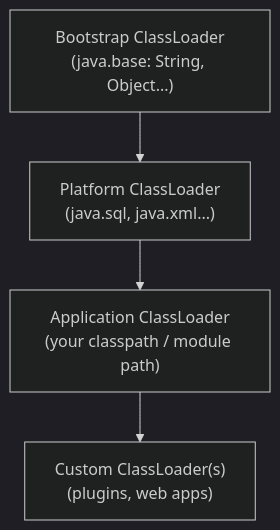
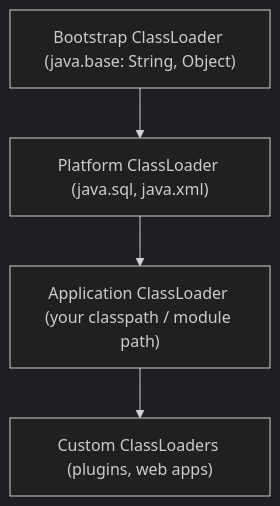
Before and after one commit to mohammad-mriesh-job/cortex: the second of 2 diagrams in src/modules/java/content/10-jvm/02-class-loading.md, drawn with Mermaid (dark theme). The commit also changed other lines of this file and 257 other files, not shown here.

````diff
--- a/src/modules/java/content/10-jvm/02-class-loading.md
+++ b/src/modules/java/content/10-jvm/02-class-loading.md
@@ -53,6 +53,6 @@
 ```mermaid
 flowchart TD
-    Boot["Bootstrap ClassLoader<br/>(java.base: String, Object...)"] --> Plat["Platform ClassLoader<br/>(java.sql, java.xml...)"]
-    Plat --> App["Application ClassLoader<br/>(your classpath / module path)"]
-    App --> Custom["Custom ClassLoader(s)<br/>(plugins, web apps)"]
+    Boot["Bootstrap ClassLoader (java.base: String, Object)"] --> Plat["Platform ClassLoader (java.sql, java.xml)"]
+    Plat --> App["Application ClassLoader (your classpath / module path)"]
+    App --> Custom["Custom ClassLoaders (plugins, web apps)"]
 ```
````
